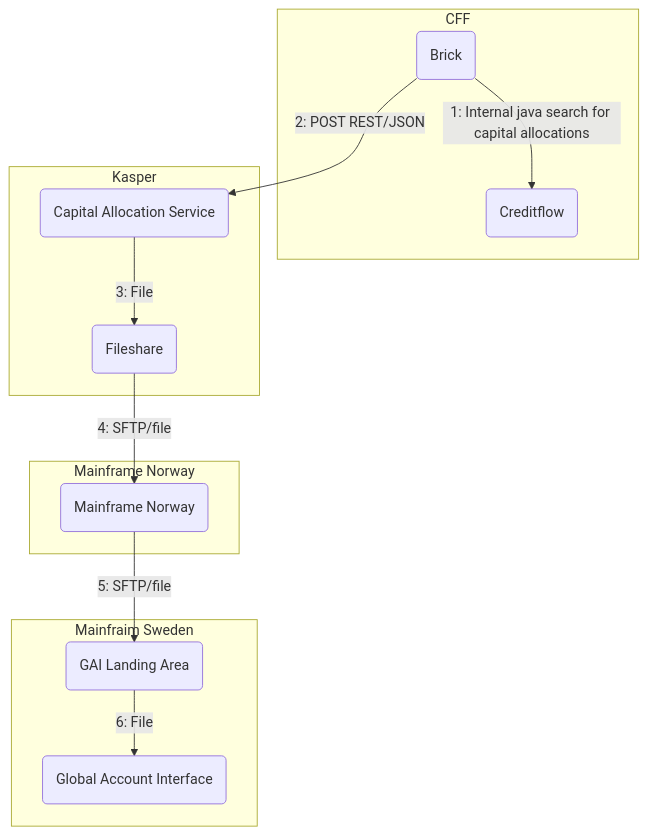
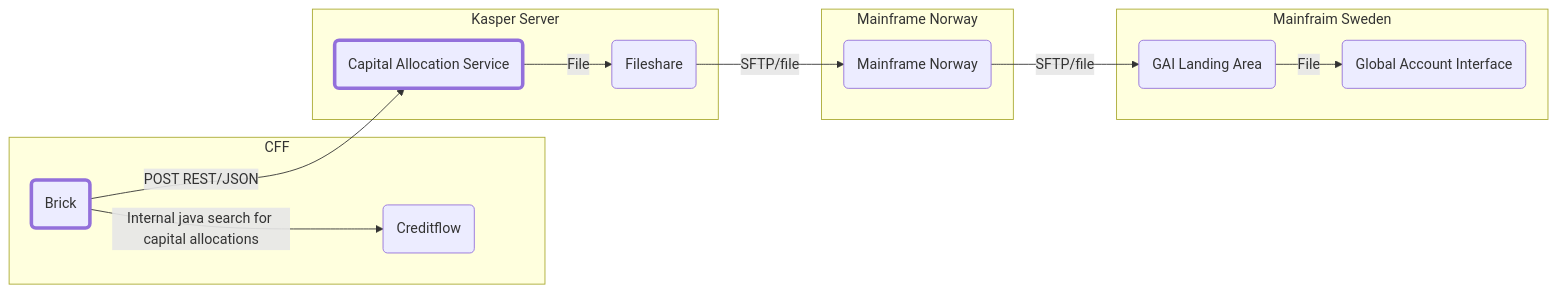
Before and after one commit to Nordea-Direct/docs: the first of 2 diagrams in documentation/scratches.md, drawn with Mermaid. The commit also changed other lines of this file, not shown here.

````diff
--- a/documentation/scratches.md
+++ b/documentation/scratches.md
@@ -6,21 +6,21 @@
 ```mermaid
-flowchart TD
+flowchart LR
   classDef changes stroke-width:4px
     
   subgraph CFF
-    B(Brick)-- 1: Internal java search for capital allocations -->C(Creditflow)
+    B(Brick)-- Internal java search for capital allocations -->C(Creditflow)
   end
-  subgraph Kasper
-    B-- 2: POST REST/JSON -->K(Capital Allocation Service)
-    K-- 3: File --> KS(Fileshare)
+  subgraph Kasper Server
+    B-- POST REST/JSON -->K(Capital Allocation Service)
+    K-- File --> KS(Fileshare)
   end 
   subgraph Mainframe Norway
-    KS-- 4: SFTP/file -->MN(Mainframe Norway)
+    KS-- SFTP/file -->MN(Mainframe Norway)
   end
   subgraph Mainfraim Sweden 
-    MN-- 5: SFTP/file -->GL(GAI Landing Area)
-    GL-- 6: File -->G(Global Account Interface)
+    MN-- SFTP/file -->GL(GAI Landing Area)
+    GL-- File -->G(Global Account Interface)
   end
   
-  
+  class B,K changes;             
 ```
````
